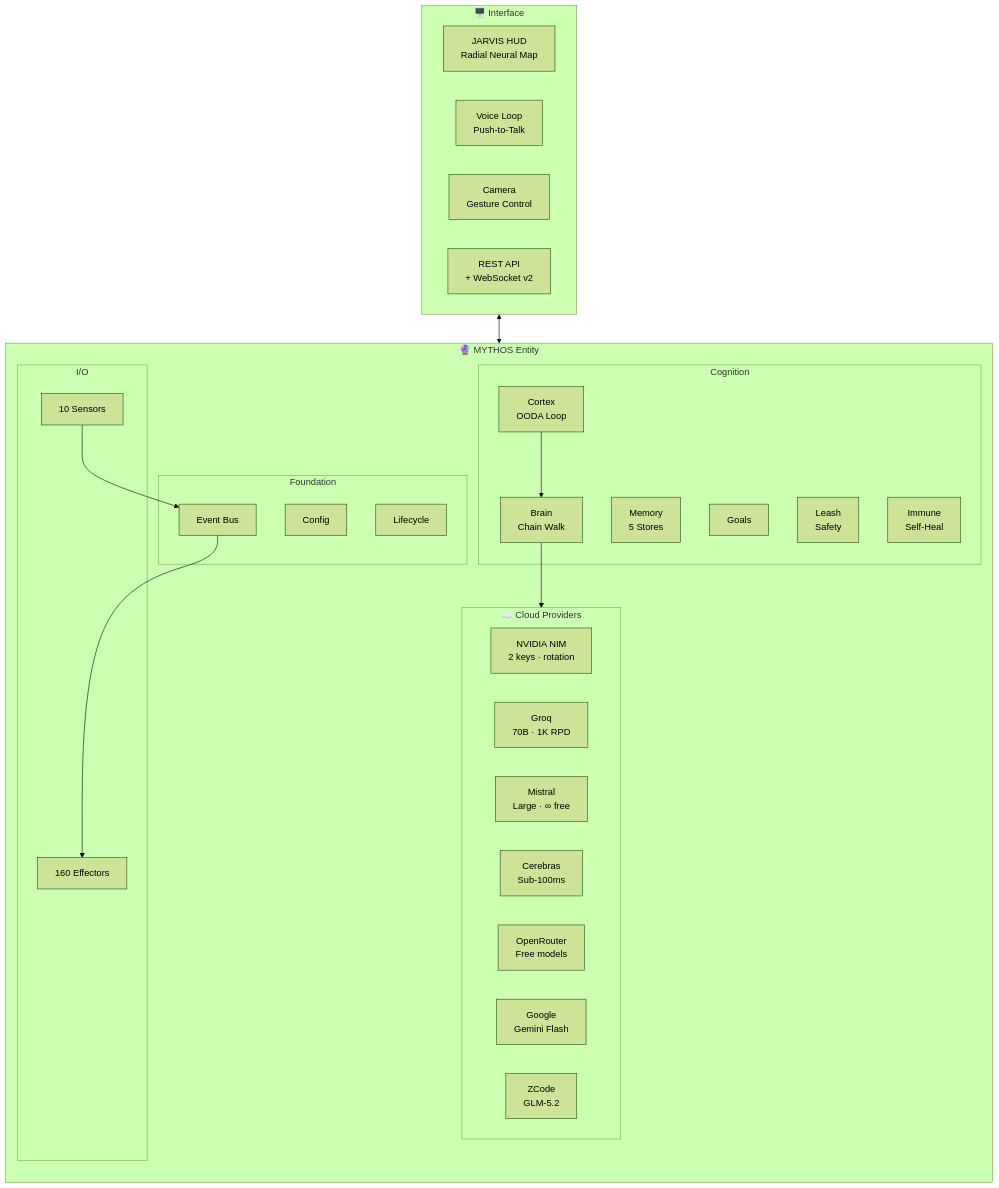
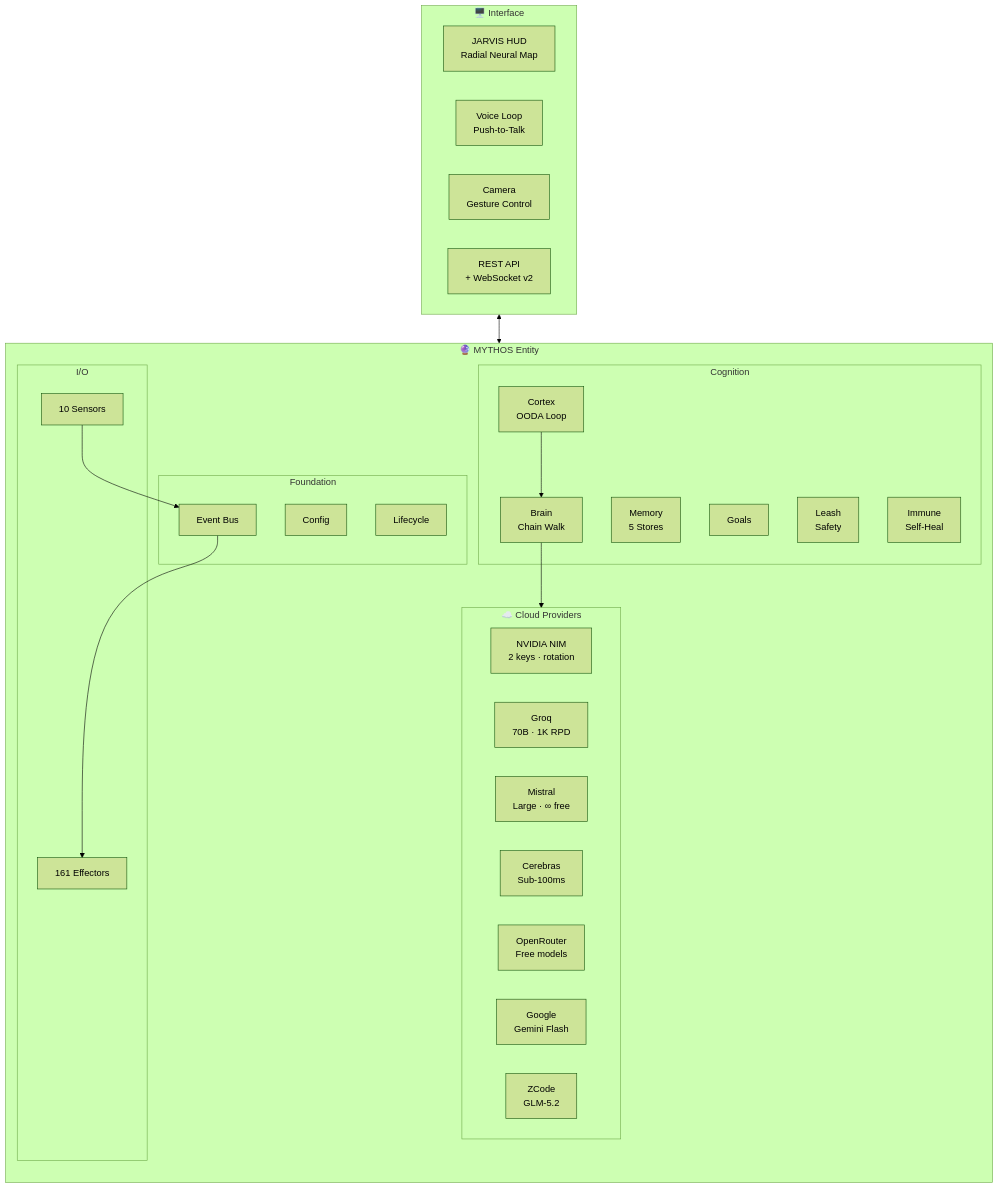
Before and after one commit to HailLucifer666/Agent_OS: the first of 11 diagrams in README.md, drawn with Mermaid (forest theme). The commit also changed other lines of this file and 4 other files, not shown here.

````diff
--- a/README.md
+++ b/README.md
@@ -48,45 +48,45 @@
 ```mermaid
 flowchart TB
     subgraph Cloud["☁️ Cloud Providers"]
         direction LR
         NIM["NVIDIA NIM<br/>2 keys · rotation"]
         GQ["Groq<br/>70B · 1K RPD"]
         MI["Mistral<br/>Large · ∞ free"]
         CE["Cerebras<br/>Sub-100ms"]
         OR["OpenRouter<br/>Free models"]
         GOOG["Google<br/>Gemini Flash"]
         ZC["ZCode<br/>GLM-5.2"]
     end
 
     subgraph MYTHOS["🔮 MYTHOS Entity"]
         direction TB
         subgraph Foundation["Foundation"]
             CFG["Config"]
             BUS["Event Bus"]
             LIFE["Lifecycle"]
         end
         subgraph Cognition["Cognition"]
             CORT["Cortex<br/>OODA Loop"]
             BRN["Brain<br/>Chain Walk"]
             MEM["Memory<br/>5 Stores"]
             GOAL["Goals"]
             LEASH["Leash<br/>Safety"]
             IMM["Immune<br/>Self-Heal"]
         end
         subgraph IOLayer["I/O"]
             SENS["10 Sensors"]
-            EFF["160 Effectors"]
+            EFF["161 Effectors"]
         end
         CORT --> BRN --> Cloud
         SENS --> BUS --> EFF
     end
 
     subgraph Interface["🖥️ Interface"]
         HUD["JARVIS HUD<br/>Radial Neural Map"]
         VOICE["Voice Loop<br/>Push-to-Talk"]
         CAM["Camera<br/>Gesture Control"]
         API["REST API<br/>+ WebSocket v2"]
     end
 
     Interface <--> MYTHOS
 ```
````
